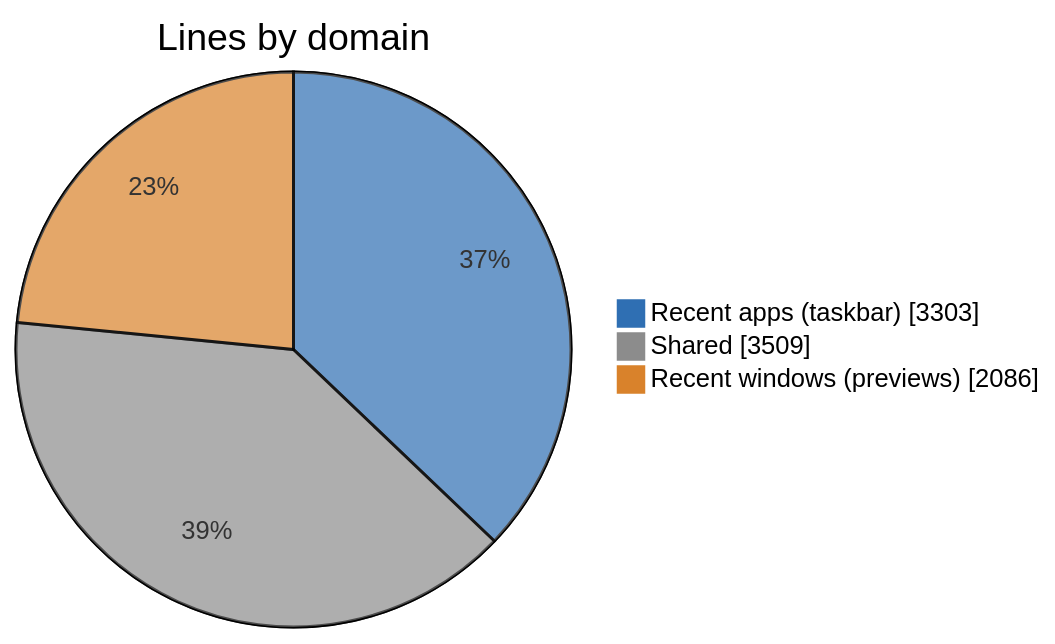
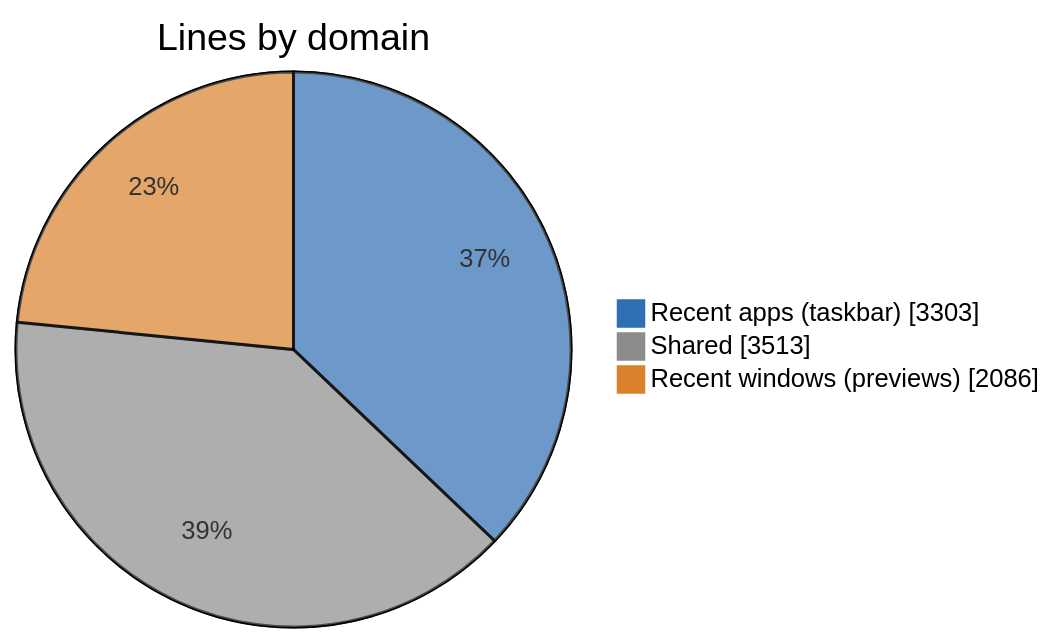
The first of 5 diagrams in doc/code/code-breakdown.md (jvlasek/taskbar-recent-focus-highlight), drawn with Mermaid before and after one commit. The commit also changed other lines of this file and 3 other files, not shown here.

````diff
--- a/doc/code/code-breakdown.md
+++ b/doc/code/code-breakdown.md
@@ -15,7 +15,7 @@
 ```mermaid
 %%{init: {"themeVariables": {"pie1": "#2F6FB3", "pie2": "#8C8C8C", "pie3": "#D9822B", "pieOuterStrokeWidth": "1px"}}}%%
 pie showData title Lines by domain
     "Recent apps (taskbar)" : 3303
-    "Shared" : 3509
+    "Shared" : 3513
     "Recent windows (previews)" : 2086
 ```
````
